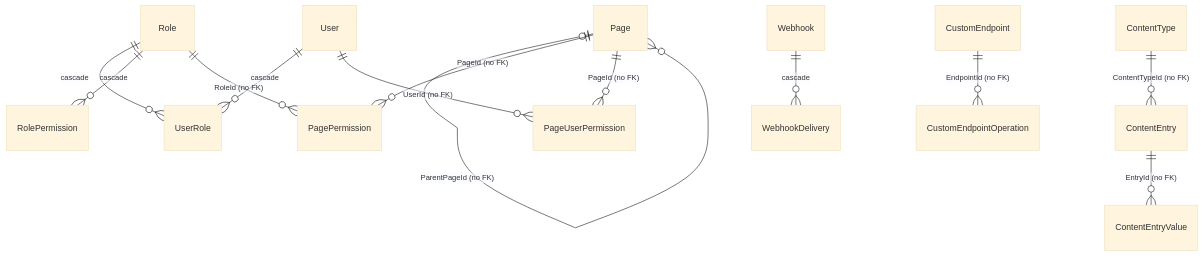
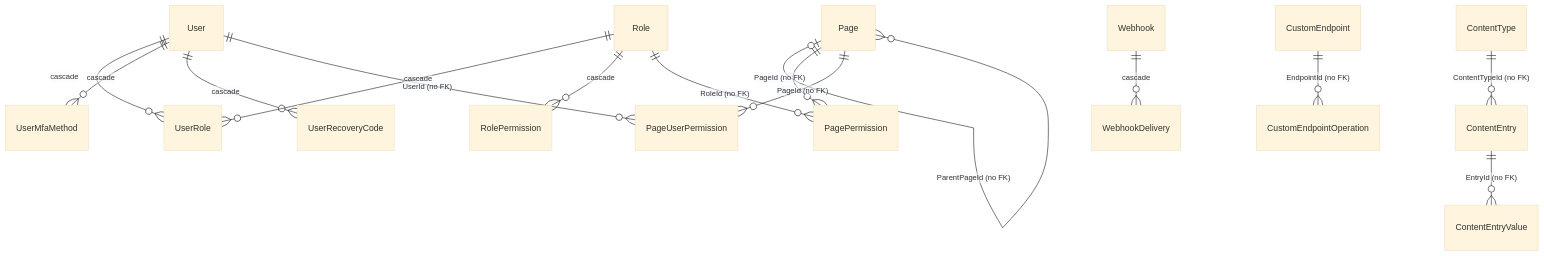
One commit to Albadit/DotNetForge changed the diagram in .docs/architecture/database.md. Above: the diagram before and after it, drawn with Mermaid (base theme). The commit also changed other lines of this file and 143 other files, not shown here.

````diff
--- a/.docs/architecture/database.md
+++ b/.docs/architecture/database.md
@@ -40,15 +40,17 @@
 ```mermaid
 erDiagram
     User ||--o{ UserRole : "cascade"
+    User ||--o{ UserMfaMethod : "cascade"
+    User ||--o{ UserRecoveryCode : "cascade"
     Role ||--o{ UserRole : "cascade"
     Role ||--o{ RolePermission : "cascade"
     Page |o--o{ Page : "ParentPageId (no FK)"
     Page ||--o{ PagePermission : "PageId (no FK)"
     Role ||--o{ PagePermission : "RoleId (no FK)"
     Page ||--o{ PageUserPermission : "PageId (no FK)"
     User ||--o{ PageUserPermission : "UserId (no FK)"
     Webhook ||--o{ WebhookDelivery : "cascade"
     ContentType ||--o{ ContentEntry : "ContentTypeId (no FK)"
     ContentEntry ||--o{ ContentEntryValue : "EntryId (no FK)"
     CustomEndpoint ||--o{ CustomEndpointOperation : "EndpointId (no FK)"
 ```
````
